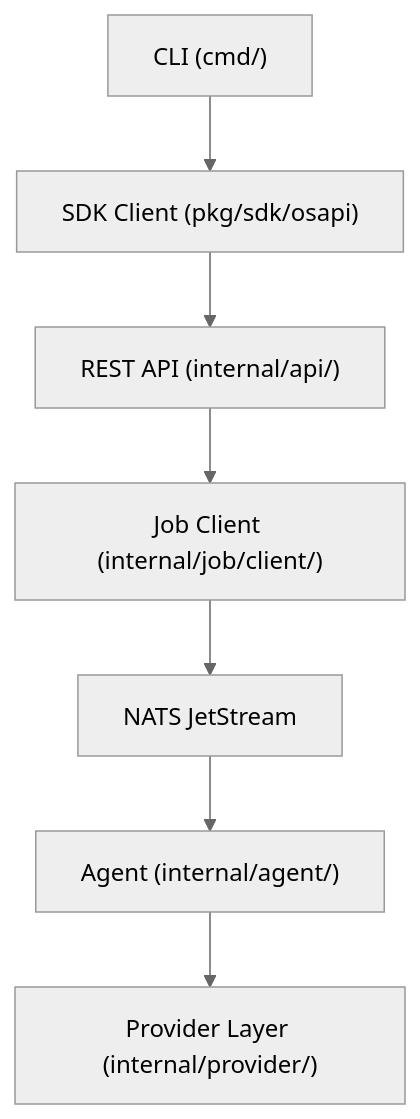
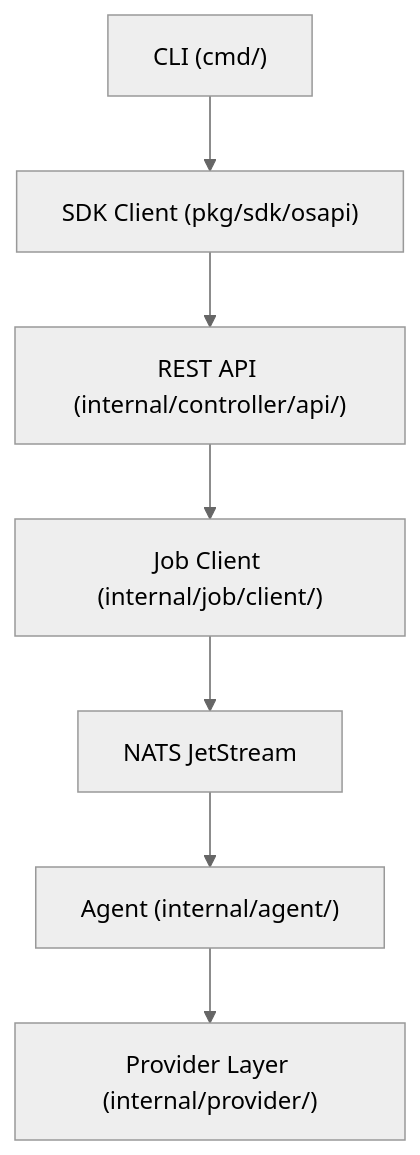
The first of 2 diagrams in docs/docs/sidebar/architecture/system-architecture.md (osapi-io/osapi), drawn with Mermaid (neutral theme) before and after one commit. The commit also changed other lines of this file and 331 other files, not shown here.

First line of the commit message:
refactor: rename API server to controller (#287)

````diff
--- a/docs/docs/sidebar/architecture/system-architecture.md
+++ b/docs/docs/sidebar/architecture/system-architecture.md
@@ -26,9 +26,9 @@
 ```mermaid
 graph TD
     CLI["CLI (cmd/)"] --> SDK["SDK Client (pkg/sdk/osapi)"]
-    SDK --> API["REST API (internal/api/)"]
+    SDK --> API["REST API (internal/controller/api/)"]
     API --> JobClient["Job Client (internal/job/client/)"]
     JobClient --> NATS["NATS JetStream"]
     NATS --> Agent["Agent (internal/agent/)"]
     Agent --> Provider["Provider Layer (internal/provider/)"]
 ```
````
